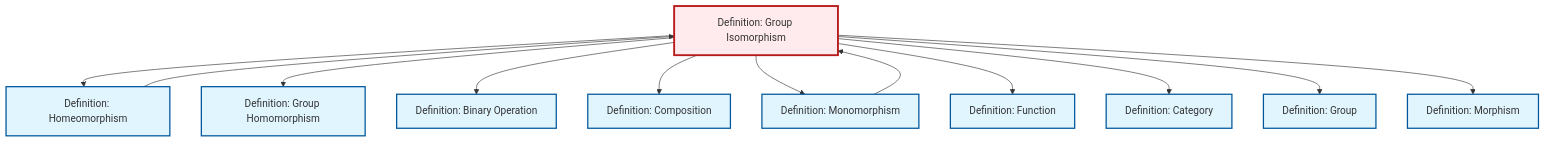
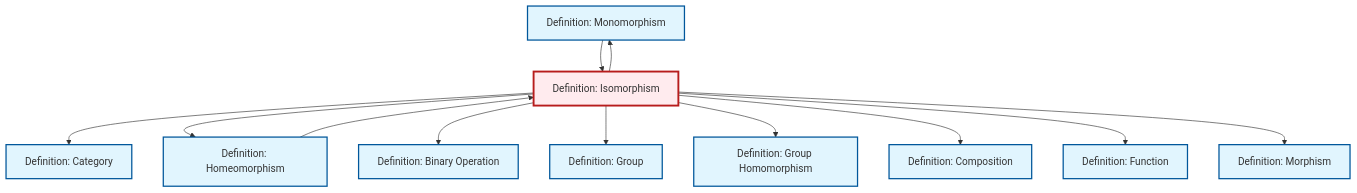
One commit to RK0429/ModernMath changed the diagram in content/en/algebra/def-isomorphism.qmd. Above: the diagram before and after it, drawn with Mermaid. The commit also changed 1069 other files, not shown here.

````diff
--- a/content/en/algebra/def-isomorphism.qmd
+++ b/content/en/algebra/def-isomorphism.qmd
@@ -112,40 +112,40 @@
 ```{mermaid}
 %%| fig-cap: "Local dependency graph"
 graph TD
     classDef definition fill:#e1f5fe,stroke:#01579b,stroke-width:2px
     classDef theorem fill:#f3e5f5,stroke:#4a148c,stroke-width:2px
     classDef axiom fill:#fff3e0,stroke:#e65100,stroke-width:2px
     classDef example fill:#e8f5e9,stroke:#1b5e20,stroke-width:2px
     classDef current fill:#ffebee,stroke:#b71c1c,stroke-width:3px
-    def-isomorphism["Definition: Group Isomorphism"]:::definition
+    def-monomorphism["Definition: Monomorphism"]:::definition
+    def-category["Definition: Category"]:::definition
+    def-homeomorphism["Definition: Homeomorphism"]:::definition
+    def-function["Definition: Function"]:::definition
+    def-binary-operation["Definition: Binary Operation"]:::definition
+    def-isomorphism["Definition: Isomorphism"]:::definition
+    def-composition["Definition: Composition"]:::definition
+    def-homomorphism["Definition: Group Homomorphism"]:::definition
+    def-morphism["Definition: Morphism"]:::definition
     def-group["Definition: Group"]:::definition
-    def-homeomorphism["Definition: Homeomorphism"]:::definition
-    def-binary-operation["Definition: Binary Operation"]:::definition
-    def-function["Definition: Function"]:::definition
-    def-morphism["Definition: Morphism"]:::definition
-    def-category["Definition: Category"]:::definition
-    def-homomorphism["Definition: Group Homomorphism"]:::definition
-    def-composition["Definition: Composition"]:::definition
-    def-monomorphism["Definition: Monomorphism"]:::definition
+    def-isomorphism --> def-category
     def-isomorphism --> def-homeomorphism
+    def-isomorphism --> def-binary-operation
     def-homeomorphism --> def-isomorphism
+    def-isomorphism --> def-group
     def-isomorphism --> def-homomorphism
-    def-isomorphism --> def-binary-operation
+    def-isomorphism --> def-monomorphism
     def-isomorphism --> def-composition
-    def-isomorphism --> def-monomorphism
     def-isomorphism --> def-function
-    def-isomorphism --> def-category
-    def-isomorphism --> def-group
     def-monomorphism --> def-isomorphism
     def-isomorphism --> def-morphism
     class def-isomorphism current
+    click def-monomorphism "def-monomorphism.html" "Go to Monomorphism definition"
+    click def-category "def-category.html" "Go to Category definition"
+    click def-homeomorphism "def-homeomorphism.html" "Go to Homeomorphism definition"
+    click def-function "def-function.html" "Go to Function definition"
+    click def-binary-operation "def-binary-operation.html" "Go to Binary Operation definition"
+    click def-composition "def-composition.html" "Go to Composition definition"
+    click def-homomorphism "def-homomorphism.html" "Go to Group Homomorphism definition"
+    click def-morphism "def-morphism.html" "Go to Morphism definition"
     click def-group "def-group.html" "Go to Group definition"
-    click def-homeomorphism "def-homeomorphism.html" "Go to Homeomorphism definition"
-    click def-binary-operation "def-binary-operation.html" "Go to Binary Operation definition"
-    click def-function "def-function.html" "Go to Function definition"
-    click def-morphism "def-morphism.html" "Go to Morphism definition"
-    click def-category "def-category.html" "Go to Category definition"
-    click def-homomorphism "def-homomorphism.html" "Go to Group Homomorphism definition"
-    click def-composition "def-composition.html" "Go to Composition definition"
-    click def-monomorphism "def-monomorphism.html" "Go to Monomorphism definition"
 ```
````
